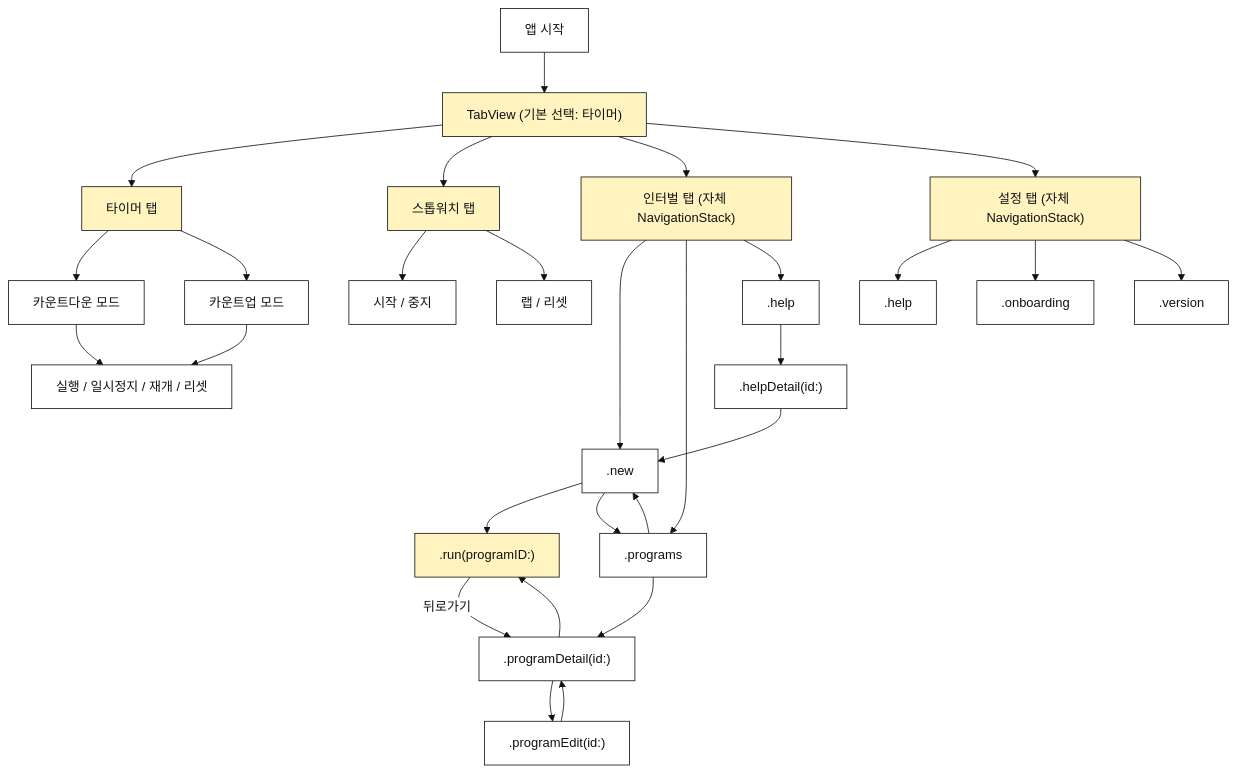
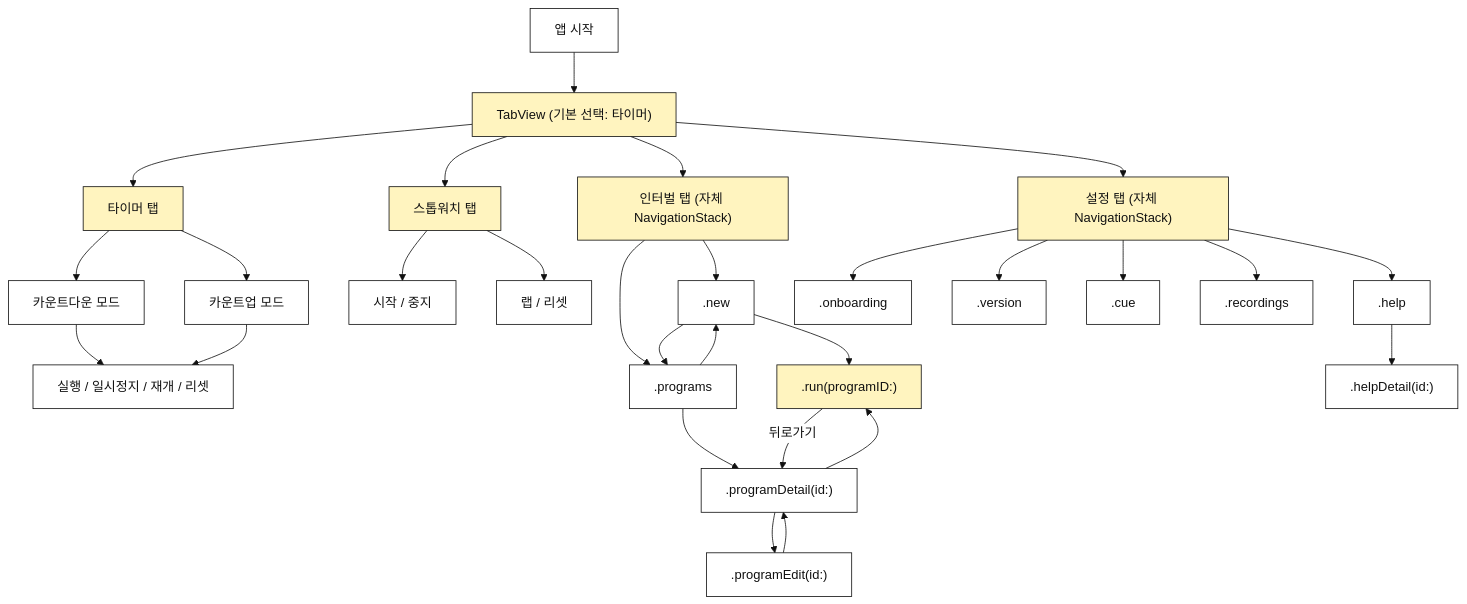
One commit to KalGookSoo/tempo changed the diagram in docs/navigation-structure.md. Above: the diagram before and after it, drawn with Mermaid. The commit also changed other lines of this file, not shown here.

````diff
--- a/docs/navigation-structure.md
+++ b/docs/navigation-structure.md
@@ -49,41 +50,41 @@
 ```mermaid
 %%{init: {"theme": "base", "themeVariables": {"background": "transparent", "primaryColor": "#FFFFFF", "primaryTextColor": "#111111", "primaryBorderColor": "#111111", "lineColor": "#111111", "tertiaryColor": "#F7F7F2"}}}%%
 flowchart TD
     A["앱 시작"] --> TB["TabView (기본 선택: 타이머)"]
     TB --> T["타이머 탭"]
     TB --> S["스톱워치 탭"]
     TB --> I["인터벌 탭 (자체 NavigationStack)"]
     TB --> G["설정 탭 (자체 NavigationStack)"]
 
     T --> T1["카운트다운 모드"]
     T --> T2["카운트업 모드"]
     T1 --> T3["실행 / 일시정지 / 재개 / 리셋"]
     T2 --> T3
 
     S --> S1["시작 / 중지"]
     S --> S2["랩 / 리셋"]
 
     I --> N[".new"]
     I --> P[".programs"]
-    I --> H[".help"]
-    H --> H1[".helpDetail(id:)"]
 
     N --> R[".run(programID:)"]
     N --> P
     P --> P2[".programDetail(id:)"]
     P --> N
     P2 --> R
     P2 --> E[".programEdit(id:)"]
     E --> P2
-    H1 --> N
     R -->|뒤로가기| P2
 
     G --> GH[".help"]
+    GH --> GH1[".helpDetail(id:)"]
     G --> GO[".onboarding"]
     G --> GV[".version"]
+    G --> GC[".cue"]
+    G --> GR[".recordings"]
 
     classDef primary fill:#FFF4BF,stroke:#111111,color:#111111;
     classDef screen fill:#FFFFFF,stroke:#111111,color:#111111;
     class TB,T,S,I,G,R primary;
-    class T1,T2,T3,S1,S2,N,P,H,H1,P2,E,GH,GO,GV screen;
+    class T1,T2,T3,S1,S2,N,P,P2,E,GH,GH1,GO,GV,GC,GR screen;
 ```
````
